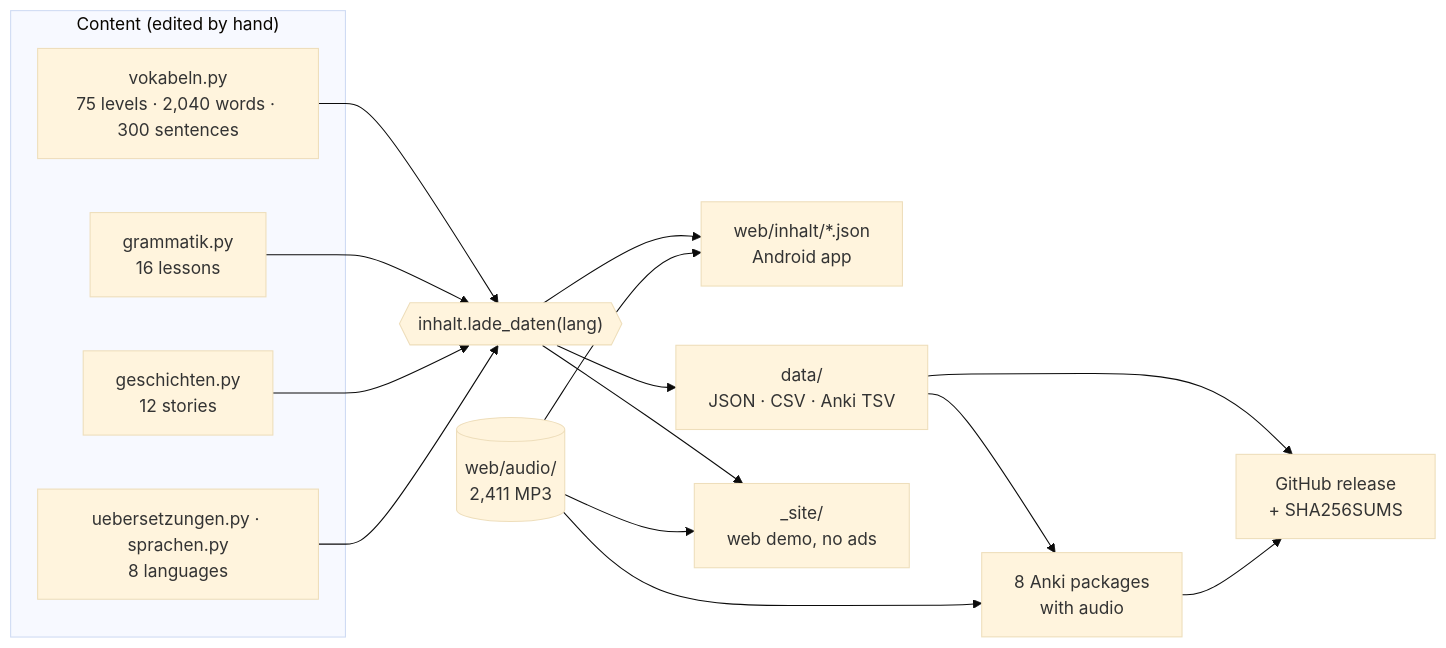
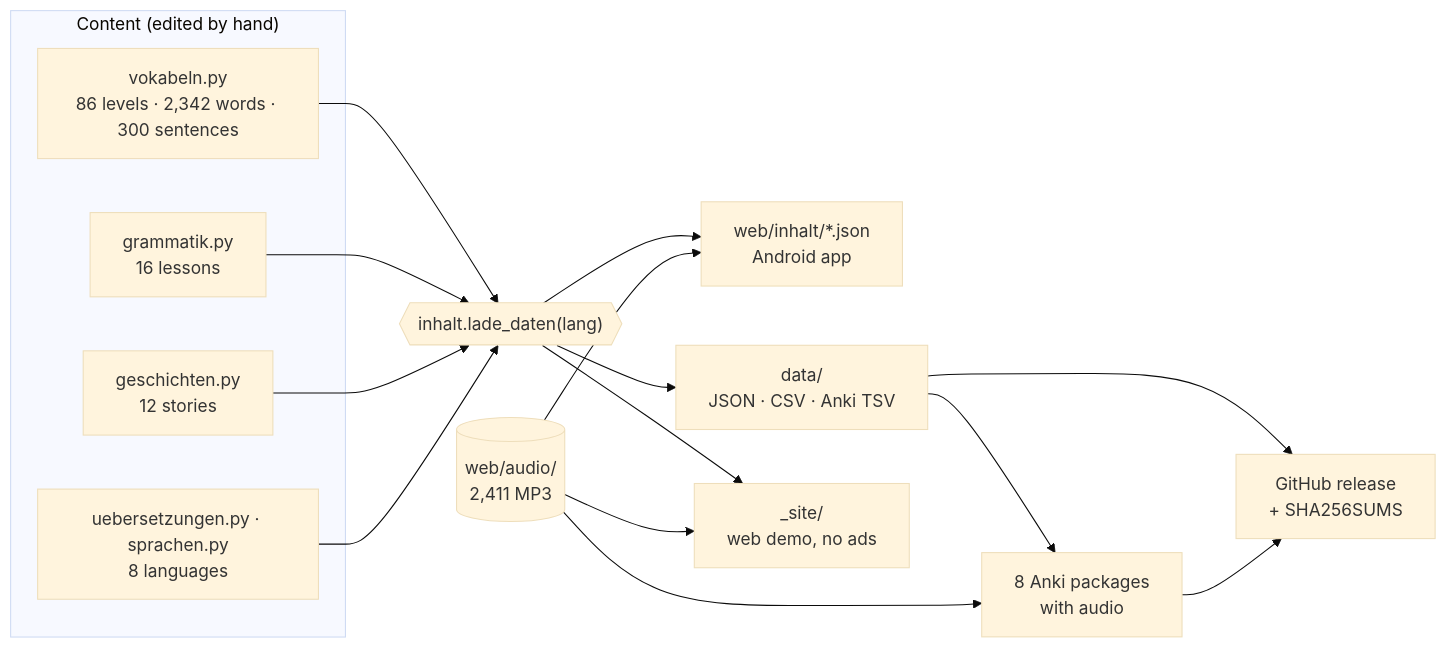
Before and after one commit to zmaj-lernapp/zmaj: the first of 2 diagrams in README.md, drawn with Mermaid (base theme). The commit also changed other lines of this file and 50 other files, not shown here.

````diff
--- a/README.md
+++ b/README.md
@@ -129,19 +129,19 @@
 ```mermaid
 flowchart LR
   subgraph src["Content (edited by hand)"]
-    V["vokabeln.py<br/>75 levels · 2,040 words · 300 sentences"]
+    V["vokabeln.py<br/>86 levels · 2,342 words · 300 sentences"]
     G["grammatik.py<br/>16 lessons"]
     S["geschichten.py<br/>12 stories"]
     U["uebersetzungen.py · sprachen.py<br/>8 languages"]
   end
   L{{"inhalt.lade_daten(lang)"}}
   V & G & S & U --> L
   A[("web/audio/<br/>2,411 MP3")]
   L --> APP["web/inhalt/*.json<br/>Android app"]
   L --> DS["data/<br/>JSON · CSV · Anki TSV"]
   L --> DEMO["_site/<br/>web demo, no ads"]
   DS --> ANKI["8 Anki packages<br/>with audio"]
   A --> APP & DEMO & ANKI
   DS --> REL["GitHub release<br/>+ SHA256SUMS"]
   ANKI --> REL
 ```
````
